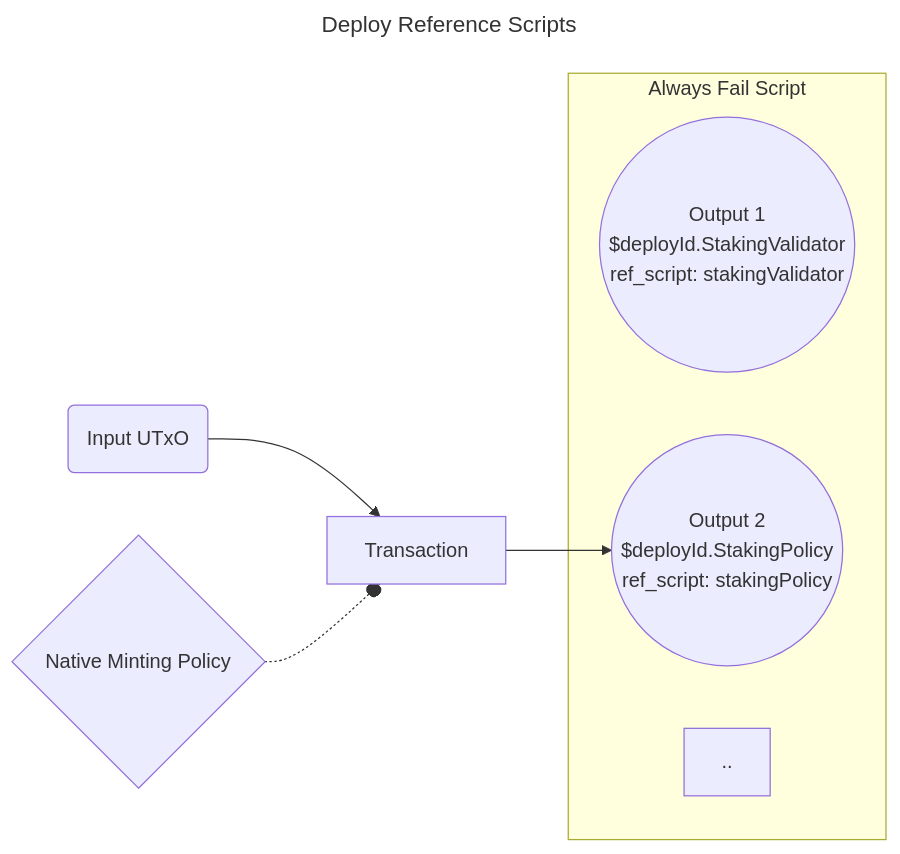
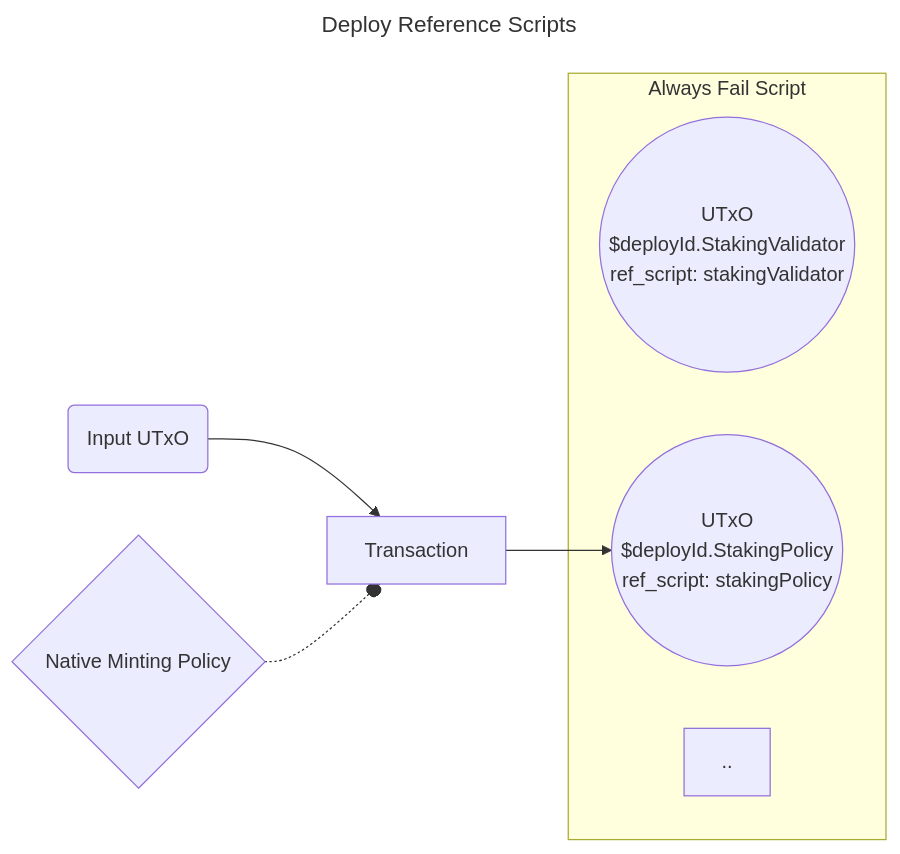
Before and after one commit to Anastasia-Labs/single-asset-staking-offchain: the third of 9 diagrams in README.md, drawn with Mermaid. The commit also changed other lines of this file, not shown here.

````diff
--- a/README.md
+++ b/README.md
@@ -130,20 +139,20 @@
 ```mermaid
 ---
 title: Deploy Reference Scripts
 ---
 graph LR
     I1(Input UTxO)
     TX[ Transaction ]
     subgraph Always Fail Script
-    O1(("Output 1
+    O1(("UTxO
         $deployId.StakingValidator
         ref_script: stakingValidator "))
-    O2(("Output 2
+    O2(("UTxO
         $deployId.StakingPolicy
         ref_script: stakingPolicy"))
     ..
     end
     I1 --> TX
     MP{Native Minting Policy} -.-o TX
     TX --> O2
 ```
````
